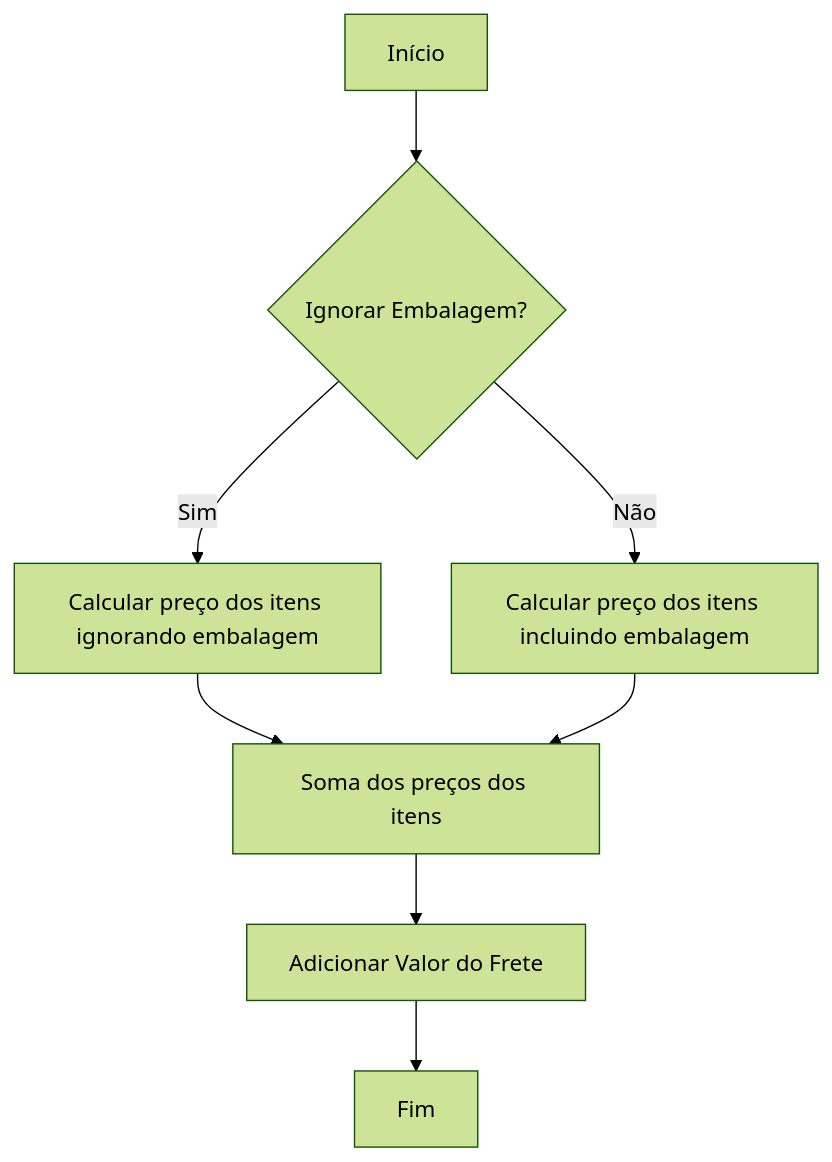
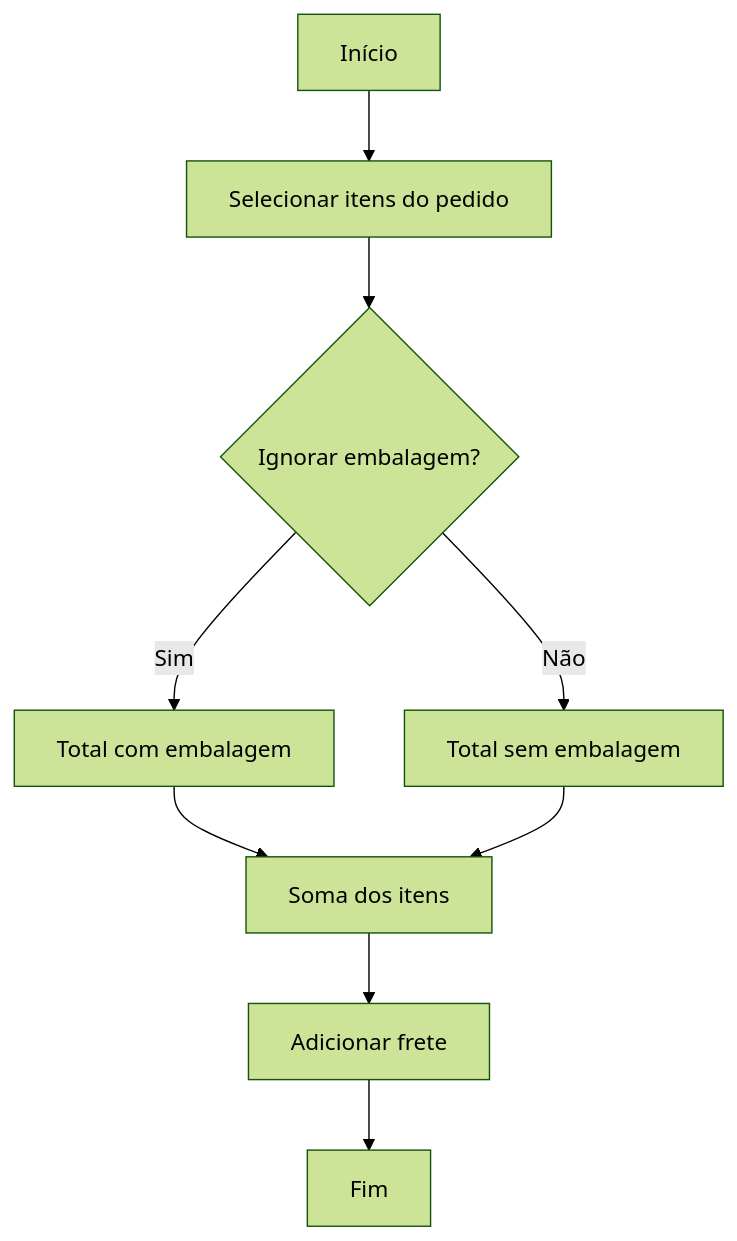
Before and after one commit to IsthmusSistemas/documentacao-tecnica: the first of 2 diagrams in docs/b2b-dominio/IsthmusWinthor.Nucleo/IsthmusWinthor.Dominio/Entidades/Pedido.md, drawn with Mermaid (forest theme). The commit also changed other lines of this file and 882 other files, not shown here.

````diff
--- a/docs/b2b-dominio/IsthmusWinthor.Nucleo/IsthmusWinthor.Dominio/Entidades/Pedido.md
+++ b/docs/b2b-dominio/IsthmusWinthor.Nucleo/IsthmusWinthor.Dominio/Entidades/Pedido.md
@@ -19,10 +20,11 @@
 ```mermaid
 flowchart TD
-    A[Início] --> B{Ignorar Embalagem?}
-    B -->|Sim| C[Calcular preço dos itens ignorando embalagem]
-    B -->|Não| D[Calcular preço dos itens incluindo embalagem]
-    C --> E[Soma dos preços dos itens]
-    D --> E
-    E --> F[Adicionar Valor do Frete]
-    F --> G[Fim]
+    A[Início] --> B[Selecionar itens do pedido]
+    B --> C{Ignorar embalagem?}
+    C -->|Sim| D[Total com embalagem]
+    C -->|Não| E[Total sem embalagem]
+    D --> F[Soma dos itens]
+    E --> F
+    F --> G[Adicionar frete]
+    G --> H[Fim]
 ```
````
